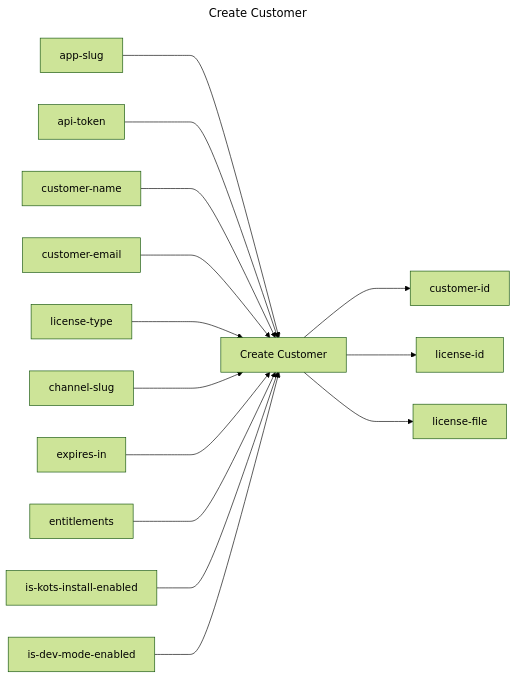
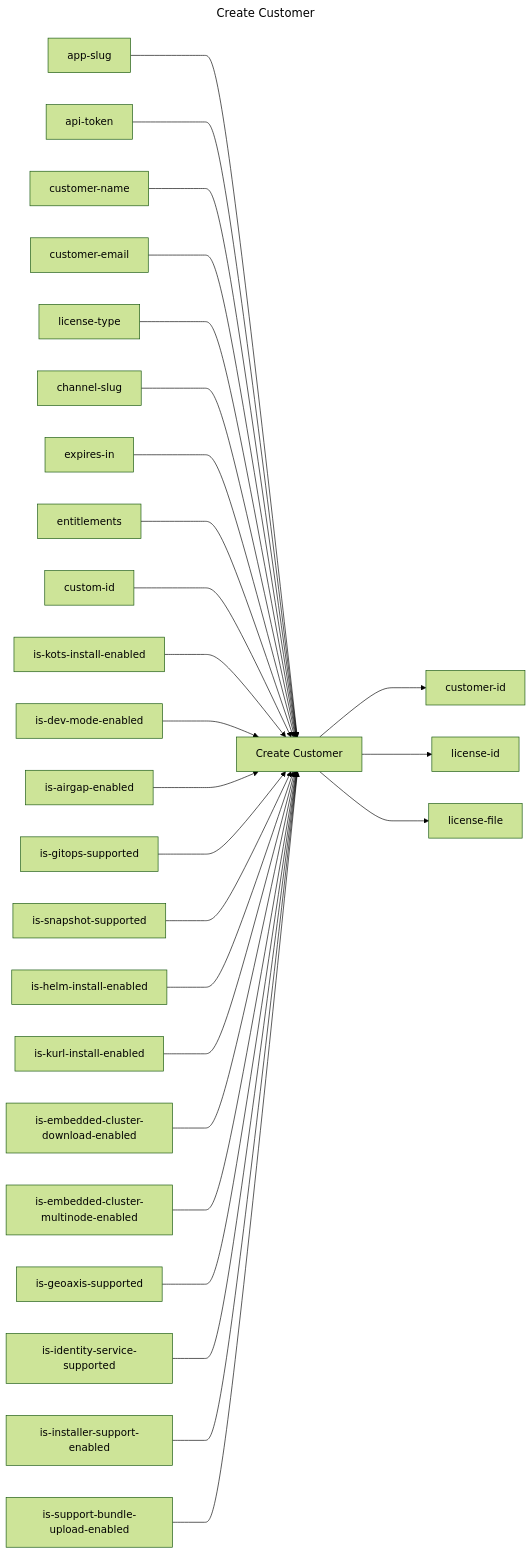
The diagram in create-customer/README.md (replicatedhq/replicated-actions), drawn with Mermaid (forest theme) before and after one commit. The commit also changed other lines of this file and 34 other files, not shown here.

First line of the commit message:
Add missing fields to create customer (#107)

````diff
--- a/create-customer/README.md
+++ b/create-customer/README.md
@@ -3,33 +3,57 @@
 ```mermaid
 ---
 title: Create Customer
 ---
 graph LR
 create_customer["Create Customer"]
 app_slug["app-slug"]
 api_token["api-token"]
 customer_name["customer-name"]
 customer_email["customer-email"]
 license_type["license-type"]
 channel_slug["channel-slug"]
 expires_in["expires-in"]
 entitlements["entitlements"]
+custom_id["custom-id"]
 is_kots_install_enabled["is-kots-install-enabled"]
 is_dev_mode_enabled["is-dev-mode-enabled"]
+is_airgap_enabled["is-airgap-enabled"]
+is_gitops_supported["is-gitops-supported"]
+is_snapshot_supported["is-snapshot-supported"]
+is_helm_install_enabled["is-helm-install-enabled"]
+is_kurl_install_enabled["is-kurl-install-enabled"]
+is_embedded_cluster_download_enabled["is-embedded-cluster-download-enabled"]
+is_embedded_cluster_multinode_enabled["is-embedded-cluster-multinode-enabled"]
+is_geoaxis_supported["is-geoaxis-supported"]
+is_identity_service_supported["is-identity-service-supported"]
+is_installer_support_enabled["is-installer-support-enabled"]
+is_support_bundle_upload_enabled["is-support-bundle-upload-enabled"]
 customer_id["customer-id"]
 license_id["license-id"]
 license_file["license-file"]
 app_slug ---> create_customer
 api_token ---> create_customer
 customer_name ---> create_customer
 customer_email ---> create_customer
 license_type ---> create_customer
 channel_slug ---> create_customer
 expires_in ---> create_customer
 entitlements ---> create_customer
+custom_id ---> create_customer
 is_kots_install_enabled ---> create_customer
 is_dev_mode_enabled ---> create_customer
+is_airgap_enabled ---> create_customer
+is_gitops_supported ---> create_customer
+is_snapshot_supported ---> create_customer
+is_helm_install_enabled ---> create_customer
+is_kurl_install_enabled ---> create_customer
+is_embedded_cluster_download_enabled ---> create_customer
+is_embedded_cluster_multinode_enabled ---> create_customer
+is_geoaxis_supported ---> create_customer
+is_identity_service_supported ---> create_customer
+is_installer_support_enabled ---> create_customer
+is_support_bundle_upload_enabled ---> create_customer
 create_customer ---> customer_id
 create_customer ---> license_id
 create_customer ---> license_file
 ```
````
